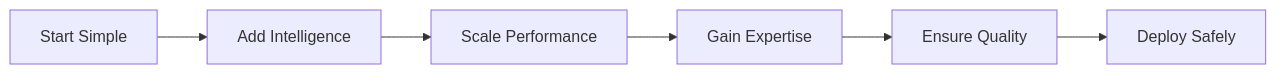
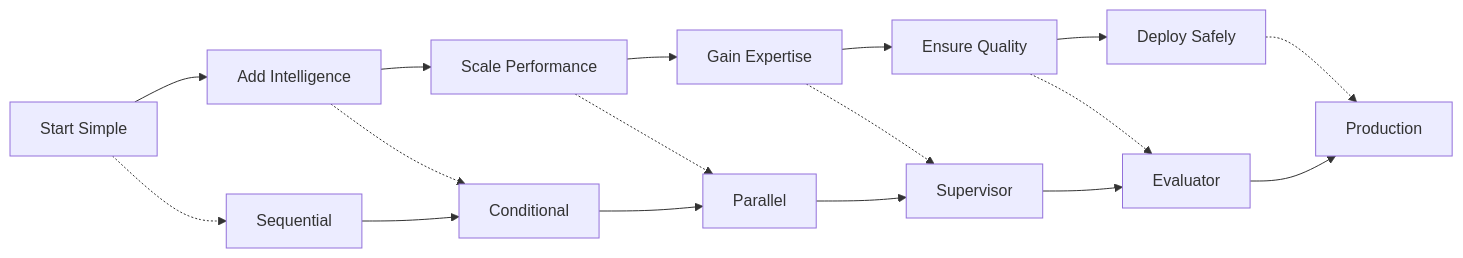
Before and after one commit to rulala/fac-ws_ai_multi-agent: the seventh of 8 diagrams in PATTERNS.md, drawn with Mermaid. The commit also changed other lines of this file, not shown here.

````diff
--- a/PATTERNS.md
+++ b/PATTERNS.md
@@ -152,8 +152,21 @@
 ```mermaid
 graph LR
-    A[Start Simple] --> B[Add Intelligence]
-    B --> C[Scale Performance]
-    C --> D[Gain Expertise]
-    D --> E[Ensure Quality]
-    E --> F[Deploy Safely]
+   A[Start Simple] --> B[Add Intelligence]
+   B --> C[Scale Performance]
+   C --> D[Gain Expertise]
+   D --> E[Ensure Quality]
+   E --> F[Deploy Safely]
+
+   A -.-> G[Sequential]
+   B -.-> H[Conditional]
+   C -.-> I[Parallel]
+   D -.-> J[Supervisor]
+   E -.-> K[Evaluator]
+   F -.-> L[Production]
+
+   G --> H
+   H --> I
+   I --> J
+   J --> K
+   K --> L
 ```
````
